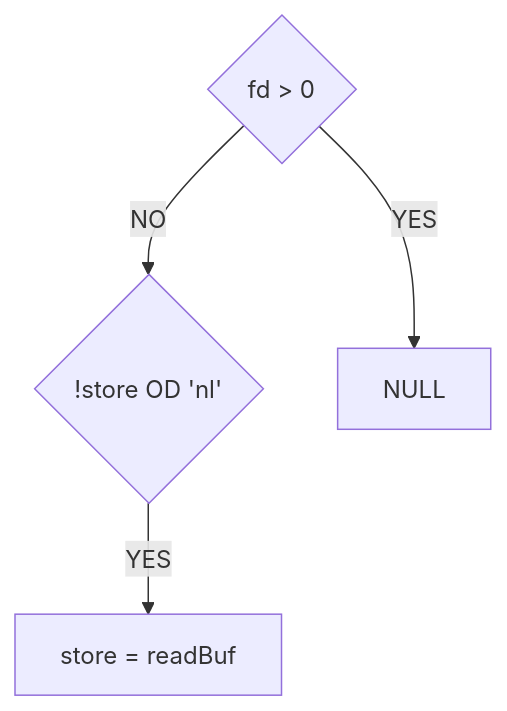
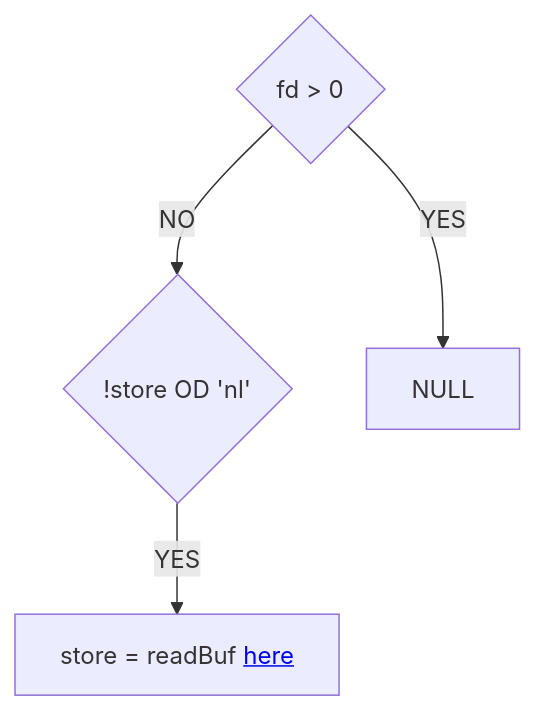
The diagram in doc/flow_chart.mmd (ELREKO/42-P1-get_next_line), drawn with Mermaid before and after one commit.

```diff
--- a/doc/flow_chart.mmd
+++ b/doc/flow_chart.mmd
@@ -1,7 +1,5 @@
 
 graph TD
     A{fd > 0} -->|NO| B{!store OD 'nl'}
     A --> |YES|C[NULL]
-    B --> |YES|D["store = readBuf"]
-
-    click D "readbuf.mmd" "Open this in a new tab" _blank
+    B --> |YES|D[store = readBuf <a href=readbuf.mmd> here </a> ]
```
